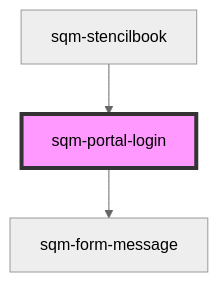
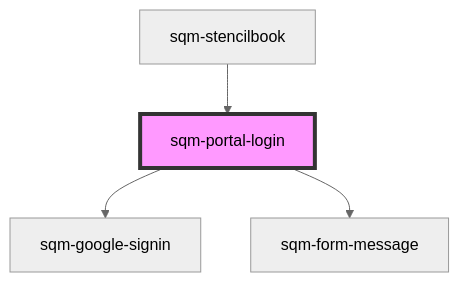
One commit to saasquatch/program-tools changed the diagram in packages/mint-components/src/components/sqm-portal-login/readme.md. Above: the diagram before and after it, drawn with Mermaid (neutral theme). The commit also changed other lines of this file and 6 other files, not shown here.

Commit message:
mint-components: Add sqm-google-signin

````diff
--- a/packages/mint-components/src/components/sqm-portal-login/readme.md
+++ b/packages/mint-components/src/components/sqm-portal-login/readme.md
@@ -36,6 +38,7 @@
 ```mermaid
 graph TD;
+  sqm-portal-login --> sqm-google-signin
   sqm-portal-login --> sqm-form-message
   sqm-stencilbook --> sqm-portal-login
   style sqm-portal-login fill:#f9f,stroke:#333,stroke-width:4px
 ```
````
